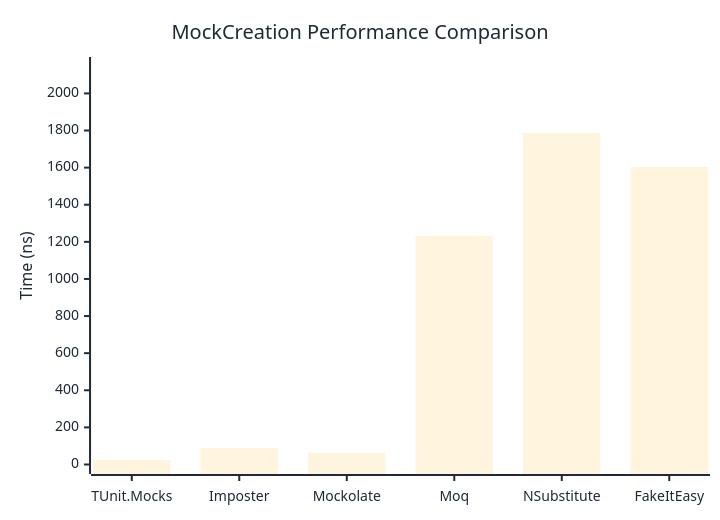
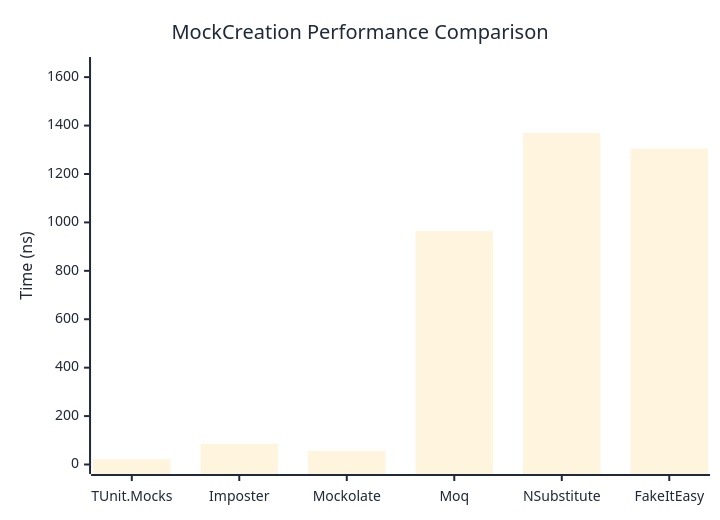
Before and after one commit to thomhurst/TUnit: the first of 2 diagrams in docs/docs/benchmarks/mocks/MockCreation.md, drawn with Mermaid. The commit also changed other lines of this file and 14 other files, not shown here.

````diff
--- a/docs/docs/benchmarks/mocks/MockCreation.md
+++ b/docs/docs/benchmarks/mocks/MockCreation.md
@@ -28,27 +28,27 @@
 ```mermaid
 %%{init: {
   'theme':'base',
   'themeVariables': {
     'primaryColor': '#2563eb',
     'primaryTextColor': '#1f2937',
     'primaryBorderColor': '#1e40af',
     'lineColor': '#6b7280',
     'secondaryColor': '#7c3aed',
     'tertiaryColor': '#dc2626',
     'background': '#ffffff',
     'pie1': '#2563eb',
     'pie2': '#7c3aed',
     'pie3': '#dc2626',
     'pie4': '#f59e0b',
     'pie5': '#10b981',
     'pie6': '#06b6d4',
     'pie7': '#ec4899',
     'pie8': '#6366f1'
   }
 }}%%
 xychart-beta
   title "MockCreation Performance Comparison"
   x-axis ["TUnit.Mocks", "Imposter", "Mockolate", "Moq", "NSubstitute", "FakeItEasy"]
-  y-axis "Time (ns)" 0 --> 2145
-  bar [24.66, 87.46, 64.43, 1231.44, 1787.35, 1604.05]
+  y-axis "Time (ns)" 0 --> 1644
+  bar [21.07, 85.09, 56.15, 964.1, 1369.29, 1304.66]
 ```
````
